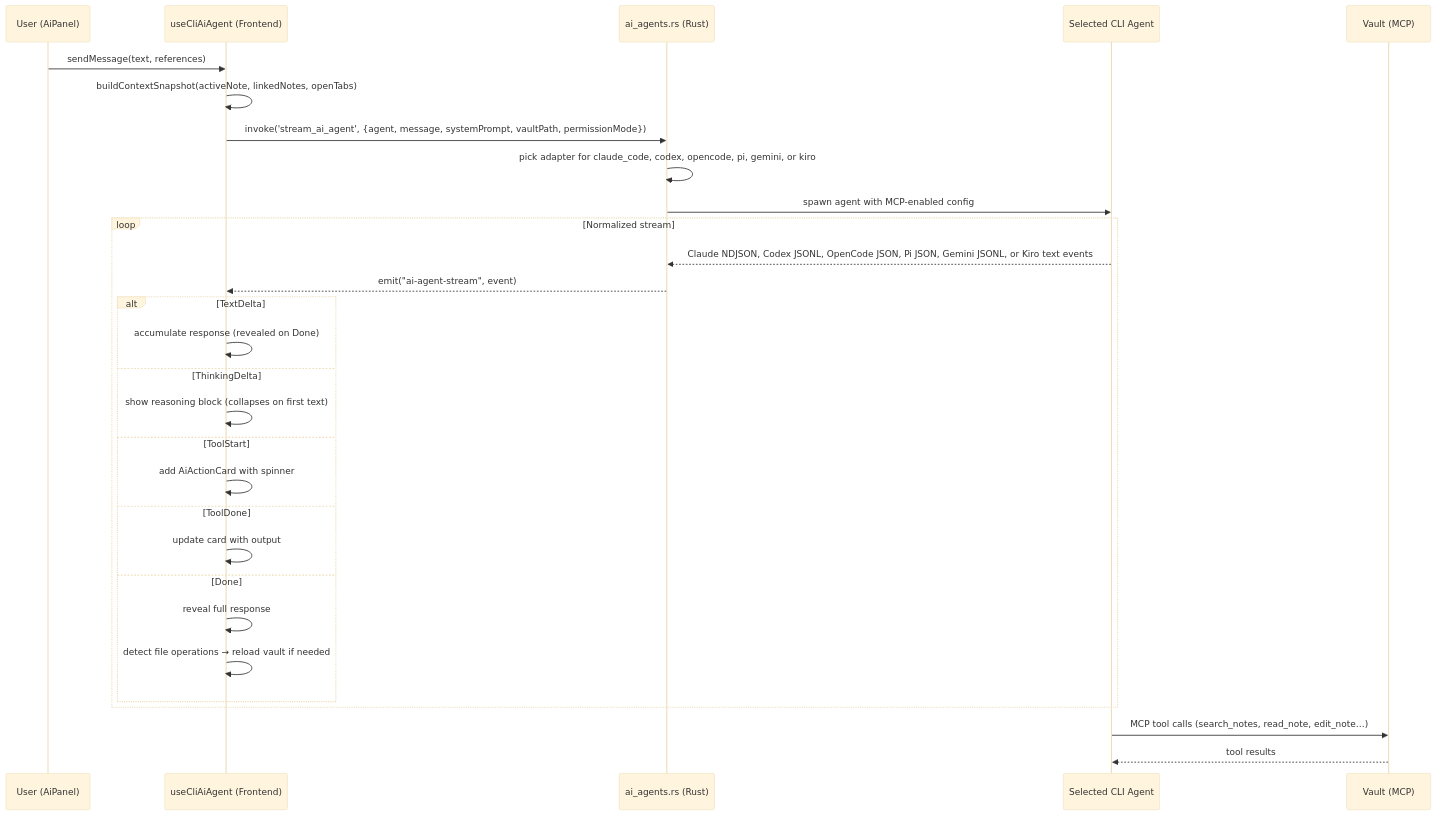
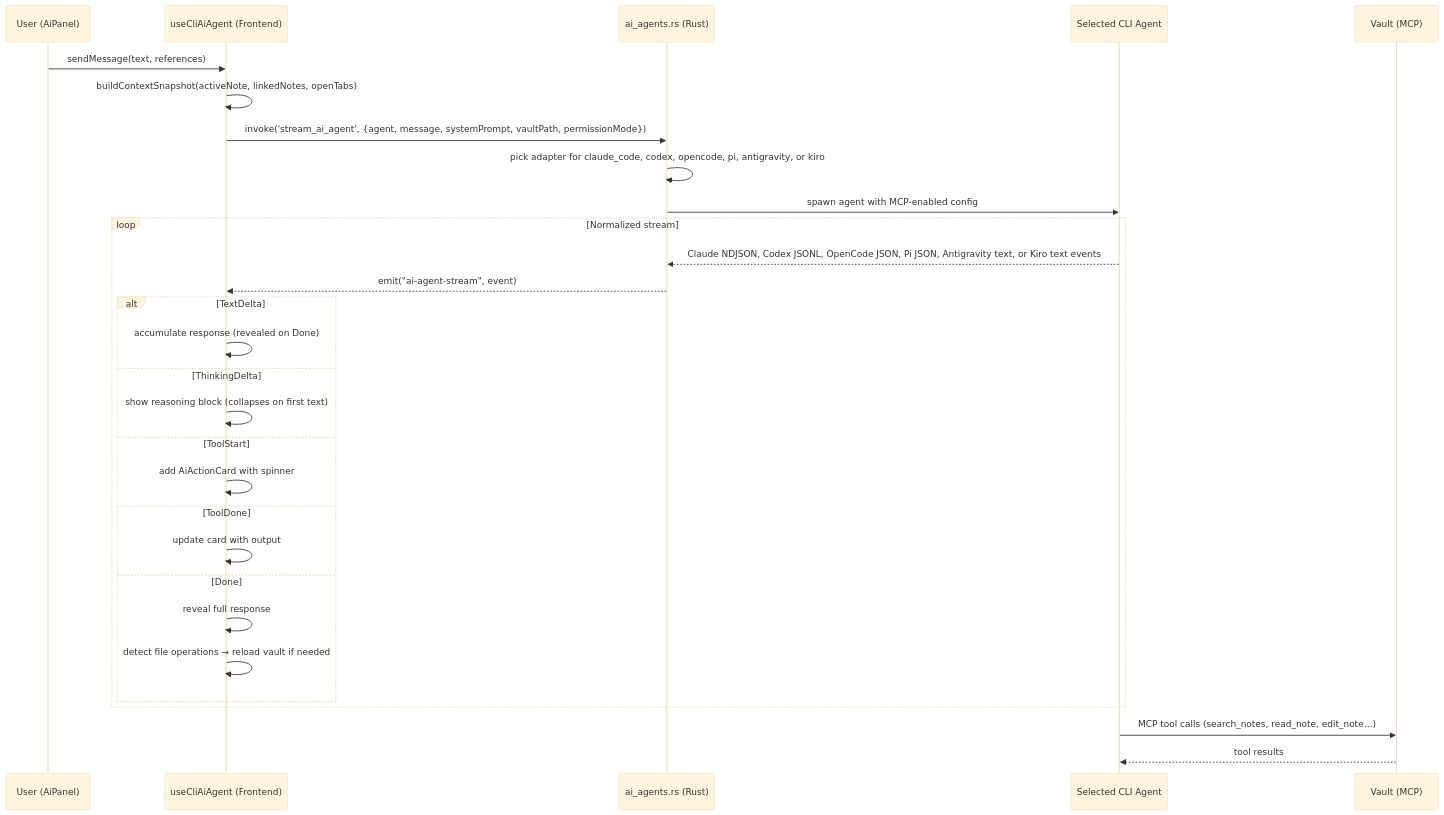
One commit to aimeritething/Fuwa changed the third of 10 diagrams in docs/ARCHITECTURE.md. Above: the diagram before and after it, drawn with Mermaid (base theme). The commit also changed other lines of this file and 69 other files, not shown here.

````diff
--- a/docs/ARCHITECTURE.md
+++ b/docs/ARCHITECTURE.md
@@ -293,34 +293,34 @@
 ```mermaid
 sequenceDiagram
     participant U as User (AiPanel)
     participant FE as useCliAiAgent (Frontend)
     participant R as ai_agents.rs (Rust)
     participant C as Selected CLI Agent
     participant V as Vault (MCP)
 
     U->>FE: sendMessage(text, references)
     FE->>FE: buildContextSnapshot(activeNote, linkedNotes, openTabs)
     FE->>R: invoke('stream_ai_agent', {agent, message, systemPrompt, vaultPath, permissionMode})
-    R->>R: pick adapter for claude_code, codex, opencode, pi, gemini, or kiro
+    R->>R: pick adapter for claude_code, codex, opencode, pi, antigravity, or kiro
     R->>C: spawn agent with MCP-enabled config
 
     loop Normalized stream
-        C-->>R: Claude NDJSON, Codex JSONL, OpenCode JSON, Pi JSON, Gemini JSONL, or Kiro text events
+        C-->>R: Claude NDJSON, Codex JSONL, OpenCode JSON, Pi JSON, Antigravity text, or Kiro text events
         R-->>FE: emit("ai-agent-stream", event)
         alt TextDelta
             FE->>FE: accumulate response (revealed on Done)
         else ThinkingDelta
             FE->>FE: show reasoning block (collapses on first text)
         else ToolStart
             FE->>FE: add AiActionCard with spinner
         else ToolDone
             FE->>FE: update card with output
         else Done
             FE->>FE: reveal full response
             FE->>FE: detect file operations → reload vault if needed
         end
     end
 
     C->>V: MCP tool calls (search_notes, read_note, edit_note…)
     V-->>C: tool results
 ```
````
